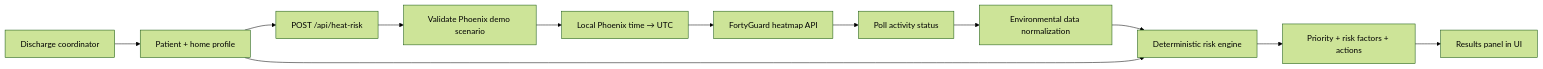
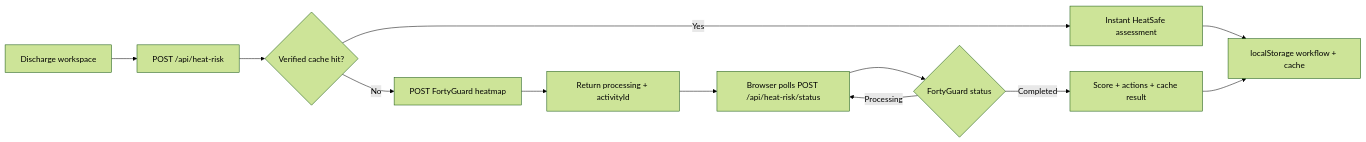
Before and after one commit to AK-RM/fortyguard-hackathon: the diagram in README.md, drawn with Mermaid (forest theme). The commit also changed other lines of this file and 49 other files, not shown here.

Commit message:
Complete HeatSafe discharge workflow and async FortyGuard integration

````diff
--- a/README.md
+++ b/README.md
@@ -98,14 +121,14 @@
 ```mermaid
 flowchart LR
-    A[Discharge coordinator] --> B[Patient + home profile]
-    B --> C[POST /api/heat-risk]
-    C --> D[Validate Phoenix demo scenario]
-    D --> E[Local Phoenix time → UTC]
-    E --> F[FortyGuard heatmap API]
-    F --> G[Poll activity status]
-    G --> H[Environmental data normalization]
-    H --> I[Deterministic risk engine]
-    B --> I
-    I --> J[Priority + risk factors + actions]
-    J --> K[Results panel in UI]
+    A[Discharge workspace] --> B[POST /api/heat-risk]
+    B --> C{Verified cache hit?}
+    C -->|Yes| D[Instant HeatSafe assessment]
+    C -->|No| E[POST FortyGuard heatmap]
+    E --> F[Return processing + activityId]
+    F --> G[Browser polls POST /api/heat-risk/status]
+    G --> H{FortyGuard status}
+    H -->|Completed| I[Score + actions + cache result]
+    H -->|Processing| G
+    D --> J[localStorage workflow + cache]
+    I --> J
 ```
````
